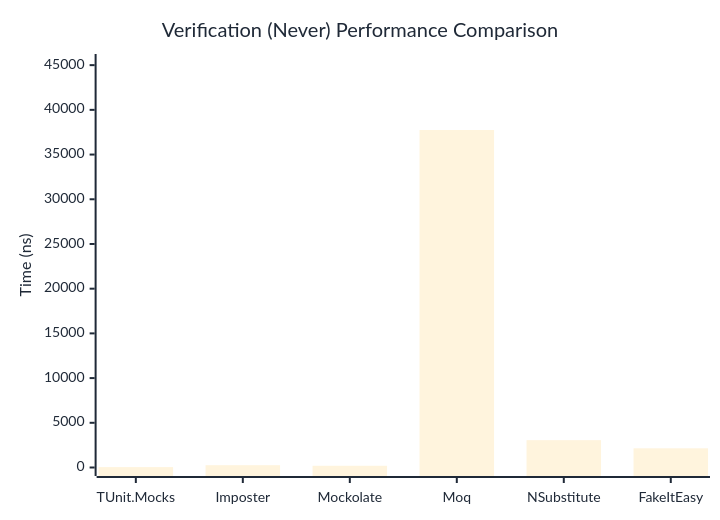
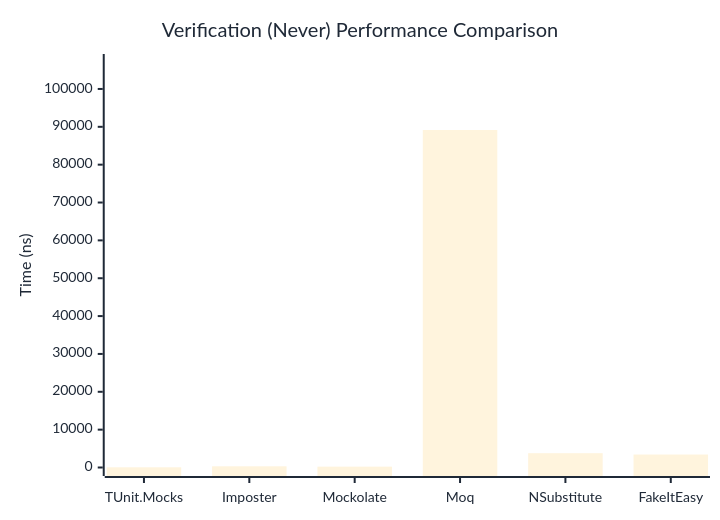
The second of 3 diagrams in docs/docs/benchmarks/mocks/Verification.md (thomhurst/TUnit), drawn with Mermaid before and after one commit. The commit also changed other lines of this file and 14 other files, not shown here.

````diff
--- a/docs/docs/benchmarks/mocks/Verification.md
+++ b/docs/docs/benchmarks/mocks/Verification.md
@@ -71,27 +71,27 @@
 ```mermaid
 %%{init: {
   'theme':'base',
   'themeVariables': {
     'primaryColor': '#2563eb',
     'primaryTextColor': '#1f2937',
     'primaryBorderColor': '#1e40af',
     'lineColor': '#6b7280',
     'secondaryColor': '#7c3aed',
     'tertiaryColor': '#dc2626',
     'background': '#ffffff',
     'pie1': '#2563eb',
     'pie2': '#7c3aed',
     'pie3': '#dc2626',
     'pie4': '#f59e0b',
     'pie5': '#10b981',
     'pie6': '#06b6d4',
     'pie7': '#ec4899',
     'pie8': '#6366f1'
   }
 }}%%
 xychart-beta
   title "Verification (Never) Performance Comparison"
   x-axis ["TUnit.Mocks", "Imposter", "Mockolate", "Moq", "NSubstitute", "FakeItEasy"]
-  y-axis "Time (ns)" 0 --> 45296
-  bar [43.52, 259.31, 195.37, 37746.59, 3058.16, 2146.12]
+  y-axis "Time (ns)" 0 --> 106989
+  bar [49.92, 312.81, 223.05, 89157.37, 3779.39, 3427.83]
 ```
````
